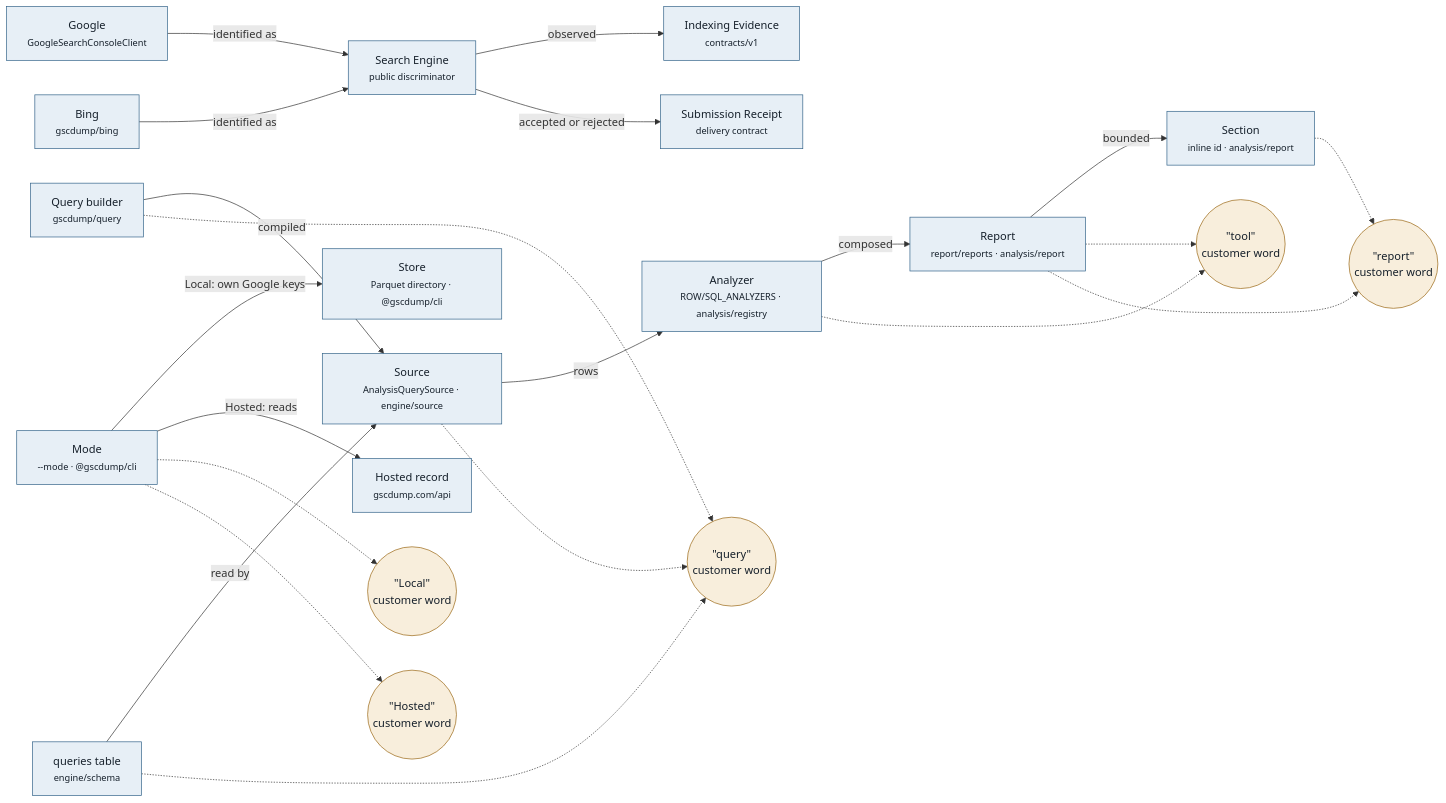
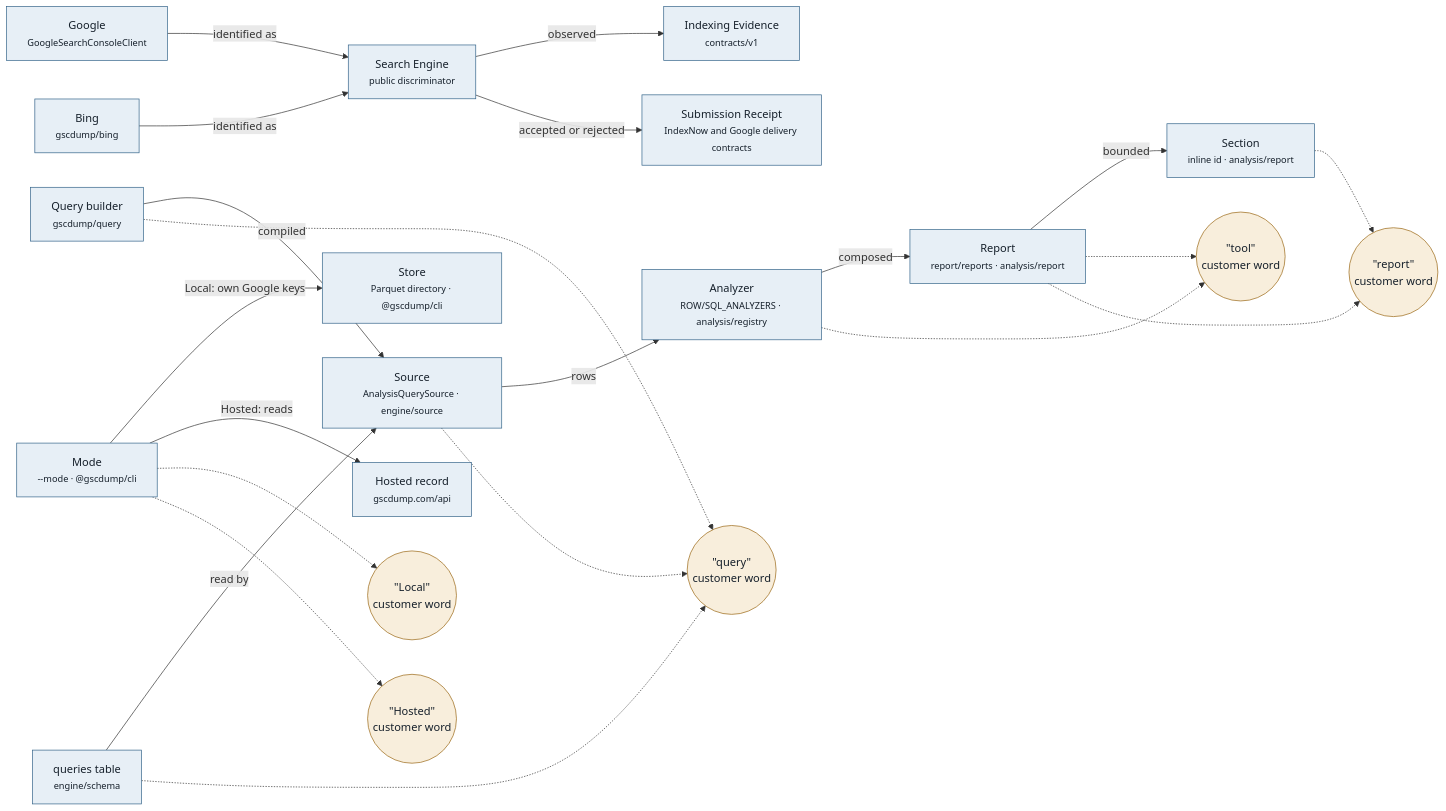
One commit to harlan-zw/gscdump changed the diagram in GLOSSARY.md. Above: the diagram before and after it, drawn with Mermaid. The commit also changed other lines of this file and 10 other files, not shown here.

First line of the commit message:
feat(contracts): add Google Indexing API submission operations

````diff
--- a/GLOSSARY.md
+++ b/GLOSSARY.md
@@ -9,50 +9,50 @@
 ```mermaid
 flowchart LR
   SRC[Source<br/><small>AnalysisQuerySource · engine/source</small>]
   AN[Analyzer<br/><small>ROW/SQL_ANALYZERS · analysis/registry</small>]
   RP[Report<br/><small>report/reports · analysis/report</small>]
   SE[Section<br/><small>inline id · analysis/report</small>]
   QB[Query builder<br/><small>gscdump/query</small>]
   QT[queries table<br/><small>engine/schema</small>]
   GO[Google<br/><small>GoogleSearchConsoleClient</small>]
   BI[Bing<br/><small>gscdump/bing</small>]
   SEN[Search Engine<br/><small>public discriminator</small>]
   IE[Indexing Evidence<br/><small>contracts/v1</small>]
-  SR[Submission Receipt<br/><small>delivery contract</small>]
+  SR[Submission Receipt<br/><small>IndexNow and Google delivery contracts</small>]
   MD[Mode<br/><small>--mode · @gscdump/cli</small>]
   STO[Store<br/><small>Parquet directory · @gscdump/cli</small>]
   HR[Hosted record<br/><small>gscdump.com/api</small>]
 
   SRC -- rows --> AN
   AN -- composed --> RP
   RP -- bounded --> SE
   QB -- compiled --> SRC
   QT -- read by --> SRC
   GO -- identified as --> SEN
   BI -- identified as --> SEN
   SEN -- observed --> IE
   SEN -- accepted or rejected --> SR
   MD -- "Local: own Google keys" --> STO
   MD -- "Hosted: reads" --> HR
 
   TOOL(("&quot;tool&quot;<br/>customer word"))
   REP(("&quot;report&quot;<br/>customer word"))
   QRY(("&quot;query&quot;<br/>customer word"))
   LOC(("&quot;Local&quot;<br/>customer word"))
   HOS(("&quot;Hosted&quot;<br/>customer word"))
 
   AN -.-> TOOL
   RP -.-> TOOL
   RP -.-> REP
   SE -.-> REP
   QB -.-> QRY
   QT -.-> QRY
   SRC -.-> QRY
   MD -.-> LOC
   MD -.-> HOS
 
   classDef internal fill:#E7EFF6,stroke:#34648A,color:#16202B;
   classDef customer fill:#F8EEDC,stroke:#9A6714,color:#16202B;
   class SRC,AN,RP,SE,QB,QT,GO,BI,SEN,IE,SR,MD,STO,HR internal
   class TOOL,REP,QRY,LOC,HOS customer
 ```
````
